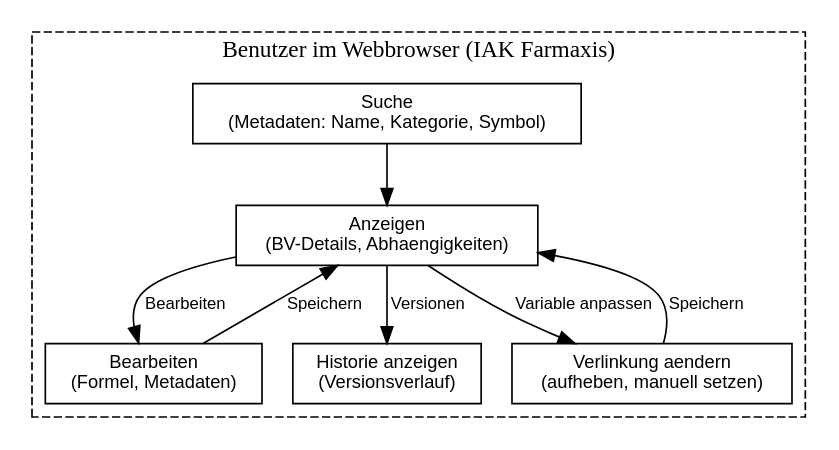
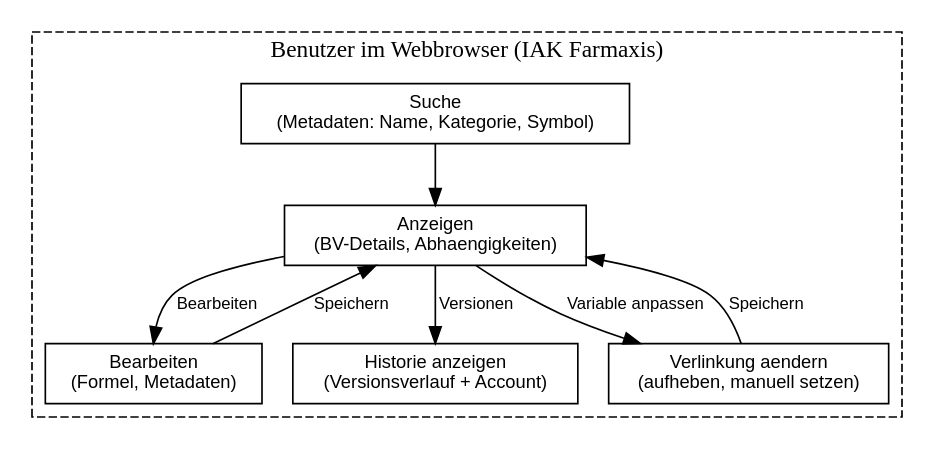
Before and after one commit to InfAI/ExcelToBerechnungsvorschriften: the diagram in dokumentation/diagramme/wartung_workflow.dot, drawn with Graphviz. The commit also changed 19 other files, not shown here.

First line of the commit message:
Dokumentation: Erweiterungen und DOT-Diagramme

```diff
--- a/dokumentation/diagramme/wartung_workflow.dot
+++ b/dokumentation/diagramme/wartung_workflow.dot
@@ -1,25 +1,26 @@
-// Benutzeraktionen in IAK Farmaxis: Suche, Bearbeiten, Verlinkung, Historie
+// Benutzeraktionen in IAK Farmaxis (Daten aus ExcelToBerechnungsvorschriften)
+// Suche, Bearbeiten, Verlinkung, Historie
 // Wartbar, versionierbar - Graphviz DOT-Syntax
 digraph WartungWorkflow {
     rankdir=TB;
     node [shape=box, fontname="Helvetica", fontsize=11];
     edge [fontname="Helvetica", fontsize=10];
 
     subgraph cluster_benutzer {
         label="Benutzer im Webbrowser (IAK Farmaxis)";
         style=dashed;
 
         Suche [label="Suche\n(Metadaten: Name, Kategorie, Symbol)"];
         Anzeigen [label="Anzeigen\n(BV-Details, Abhaengigkeiten)"];
         Bearbeiten [label="Bearbeiten\n(Formel, Metadaten)"];
         Verlinkung [label="Verlinkung aendern\n(aufheben, manuell setzen)"];
-        Historie [label="Historie anzeigen\n(Versionsverlauf)"];
+        Historie [label="Historie anzeigen\n(Versionsverlauf + Account)"];
     }
 
     Suche -> Anzeigen;
     Anzeigen -> Bearbeiten [label="Bearbeiten"];
     Anzeigen -> Verlinkung [label="Variable anpassen"];
     Anzeigen -> Historie [label="Versionen"];
     Bearbeiten -> Anzeigen [label="Speichern"];
     Verlinkung -> Anzeigen [label="Speichern"];
 }
```
